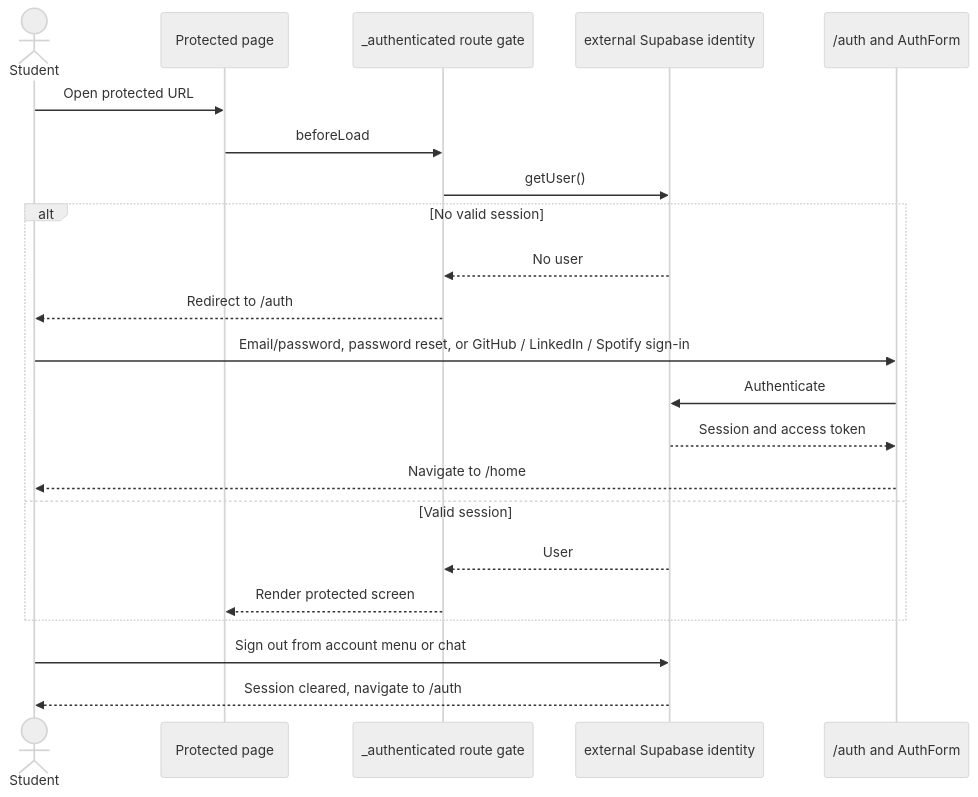
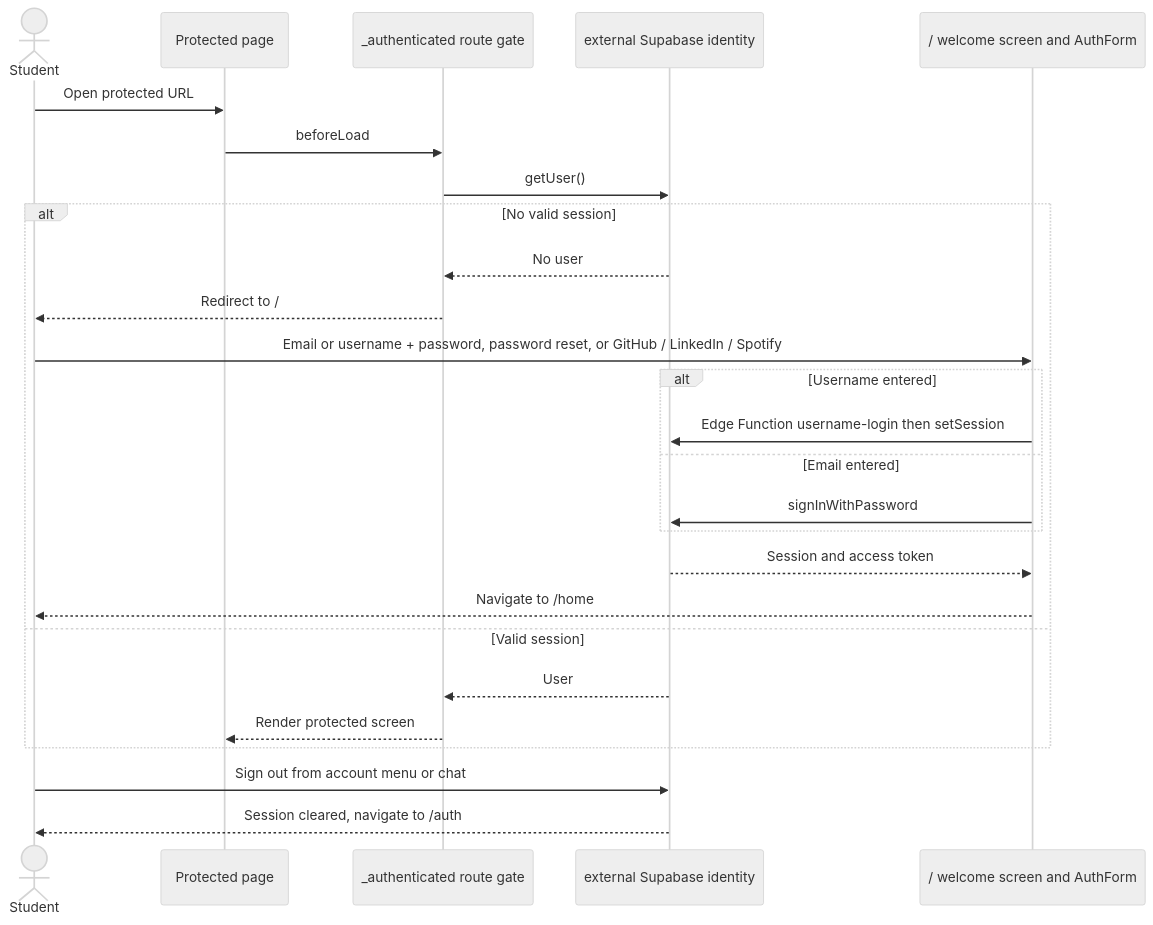
Before and after one commit to keyshavmor/study-swiss-star: the diagram in docs/wireframes/05-authentication.mmd, drawn with Mermaid (neutral theme). The commit also changed 3 other files, not shown here.

```diff
--- a/docs/wireframes/05-authentication.mmd
+++ b/docs/wireframes/05-authentication.mmd
@@ -1,22 +1,26 @@
 sequenceDiagram
   actor Student
   participant Page as Protected page
   participant Gate as _authenticated route gate
   participant Cloud as external Supabase identity
-  participant Auth as /auth and AuthForm
+  participant Auth as / welcome screen and AuthForm
   Student->>Page: Open protected URL
   Page->>Gate: beforeLoad
   Gate->>Cloud: getUser()
   alt No valid session
     Cloud-->>Gate: No user
-    Gate-->>Student: Redirect to /auth
-    Student->>Auth: Email/password, password reset, or GitHub / LinkedIn / Spotify sign-in
-    Auth->>Cloud: Authenticate
+    Gate-->>Student: Redirect to /
+    Student->>Auth: Email or username + password, password reset, or GitHub / LinkedIn / Spotify
+    alt Username entered
+      Auth->>Cloud: Edge Function username-login then setSession
+    else Email entered
+      Auth->>Cloud: signInWithPassword
+    end
     Cloud-->>Auth: Session and access token
     Auth-->>Student: Navigate to /home
   else Valid session
     Cloud-->>Gate: User
     Gate-->>Page: Render protected screen
   end
   Student->>Cloud: Sign out from account menu or chat
   Cloud-->>Student: Session cleared, navigate to /auth
```
